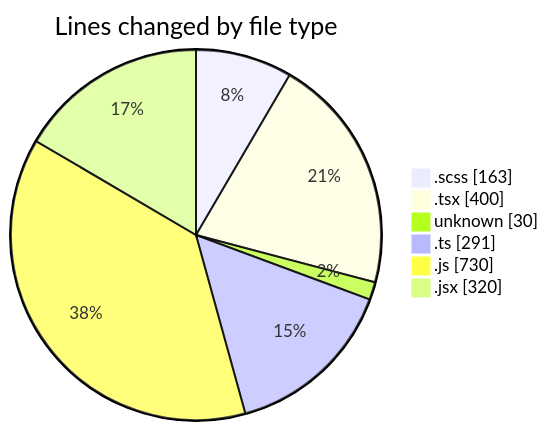
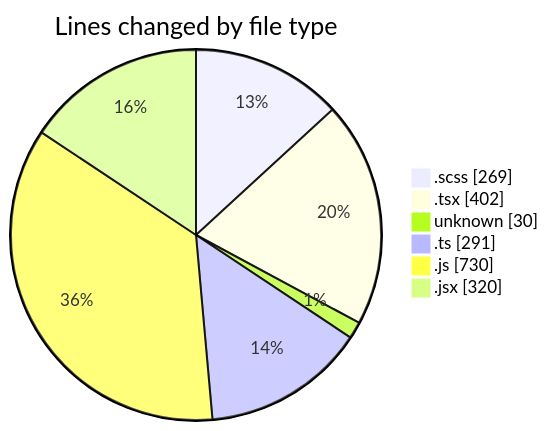
Before and after one commit to momahboobian/code-tracking: the first of 2 diagrams in 2025-03-05/cda/README.md, drawn with Mermaid. The commit also changed other lines of this file and 1 other file, not shown here.

````diff
--- a/2025-03-05/cda/README.md
+++ b/2025-03-05/cda/README.md
@@ -37,10 +38,10 @@
 ```mermaid
 pie showData
 title Lines changed by file type
-".scss" : 163
-".tsx" : 400
+".scss" : 269
+".tsx" : 402
 "unknown" : 30
 ".ts" : 291
 ".js" : 730
 ".jsx" : 320
 ```
````
